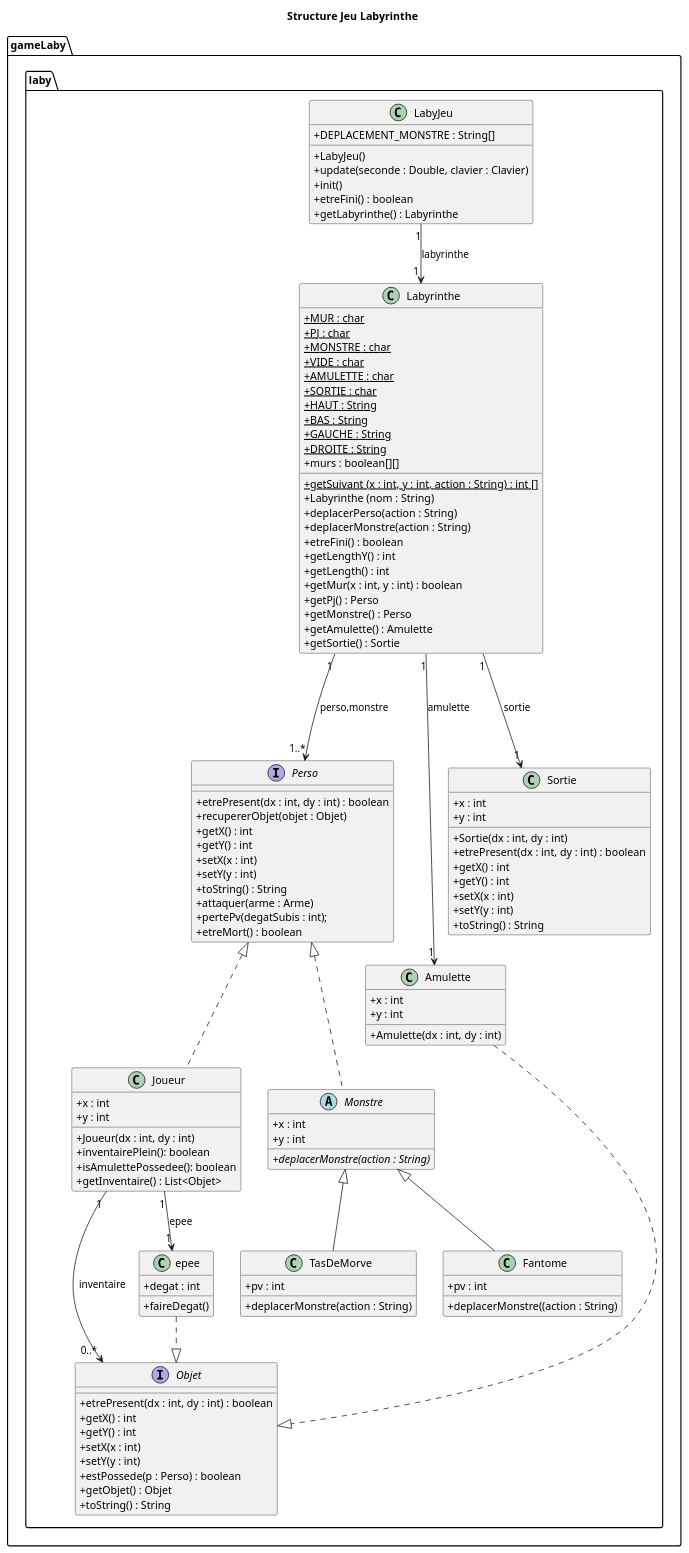
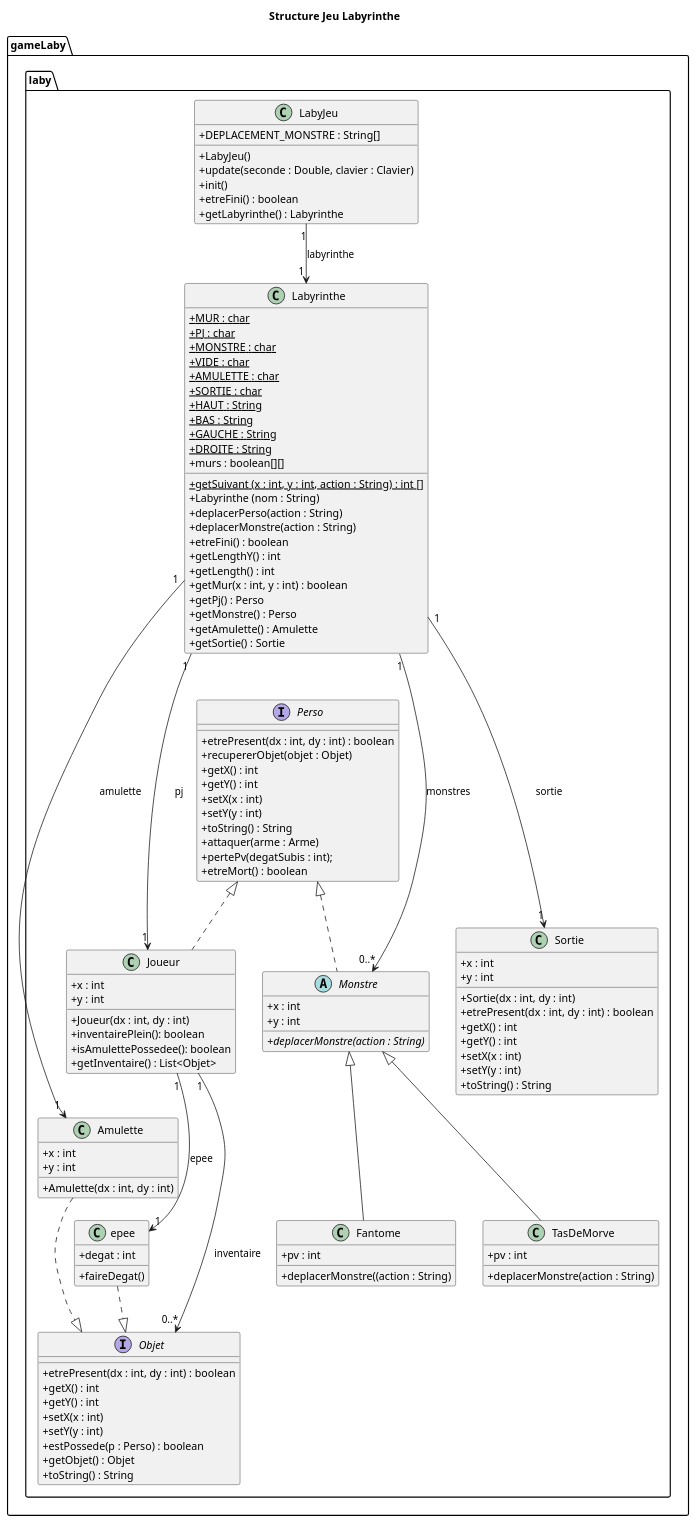
Before and after one commit to TanguyFox/2022_Zeldiablo_renard136u_seiler33u_serrier26u_arcelin1u: the diagram in documents/version_4/diagrammeClasseV4.puml, drawn with PlantUML.

```diff
--- a/documents/version_4/diagrammeClasseV4.puml
+++ b/documents/version_4/diagrammeClasseV4.puml
@@ -1,138 +1,139 @@
 @startuml
 'https://plantuml.com/class-diagram
 
 title Structure Jeu Labyrinthe
 
 
 package gameLaby.laby{
 skinparam classAttributeIconSize 0
 class Labyrinthe{
 + {static} MUR : char
 + {static} PJ : char
 + {static} MONSTRE : char
 + {static} VIDE : char
 + {static} AMULETTE : char
 + {static} SORTIE : char
 + {static} HAUT : String
 + {static} BAS : String
 + {static} GAUCHE : String
 + {static} DROITE : String
 + murs : boolean[][]
 + {static} getSuivant (x : int, y : int, action : String) : int []
 + Labyrinthe (nom : String)
 + deplacerPerso(action : String)
 + deplacerMonstre(action : String)
 + etreFini() : boolean
 + getLengthY() : int
 + getLength() : int
 + getMur(x : int, y : int) : boolean
 + getPj() : Perso
 + getMonstre() : Perso
 + getAmulette() : Amulette
 + getSortie() : Sortie
 }
 
 class LabyJeu{
 +DEPLACEMENT_MONSTRE : String[]
 +LabyJeu()
 +update(seconde : Double, clavier : Clavier)
 +init()
 +etreFini() : boolean
 +getLabyrinthe() : Labyrinthe
 }
 
 
 interface Perso{
 + etrePresent(dx : int, dy : int) : boolean
 + recupererObjet(objet : Objet)
 + getX() : int
 + getY() : int
 + setX(x : int)
 + setY(y : int)
 + toString() : String
 + attaquer(arme : Arme)
 + pertePv(degatSubis : int);
 + etreMort() : boolean
 }
 
 class Amulette{
 + x : int
 + y : int
 + Amulette(dx : int, dy : int)
 }
 
 interface Objet{
 + etrePresent(dx : int, dy : int) : boolean
 + getX() : int
 + getY() : int
 + setX(x : int)
 + setY(y : int)
 + estPossede(p : Perso) : boolean
 + getObjet() : Objet
 + toString() : String
 }
 
 class Sortie{
 + x : int
 + y : int
 + Sortie(dx : int, dy : int)
 + etrePresent(dx : int, dy : int) : boolean
 + getX() : int
 + getY() : int
 + setX(x : int)
 + setY(y : int)
 + toString() : String
 }
 class Joueur{
 + x : int
 + y : int
 + Joueur(dx : int, dy : int)
 + inventairePlein(): boolean
 + isAmulettePossedee(): boolean
 + getInventaire() : List<Objet>
 }
 
 abstract Monstre{
 + x : int
 + y : int
 + {abstract} deplacerMonstre(action : String)
 
 }
 class TasDeMorve{
 + pv : int
 + deplacerMonstre(action : String)
 }
 
 class Fantome{
 + pv : int
 + deplacerMonstre((action : String)
 }
 
 class epee{
 + degat : int
 + faireDegat()
 }
 }
 
 
 
 
 LabyJeu "1" --> "1 " Labyrinthe : labyrinthe
-Labyrinthe "1" ---> "1..*" Perso : perso,monstre
+Labyrinthe "1" ---> "1" Joueur : pj
 Labyrinthe "1" ---> "1" Sortie : sortie
 Labyrinthe "1" ---> "1" Amulette : amulette
+Labyrinthe "1" ---> "0..*" Monstre : monstres
 Amulette  ..|>  Objet
 Joueur "1"--> "0..*"Objet : inventaire
 Perso  <|..  Joueur
 
 Perso  <|..  Monstre
 Monstre <|-- TasDeMorve
 Monstre <|-- Fantome
 epee ..|> Objet
 Joueur "1" --> "1" epee : "epee"
 
 
 
 
 
 @enduml
```
